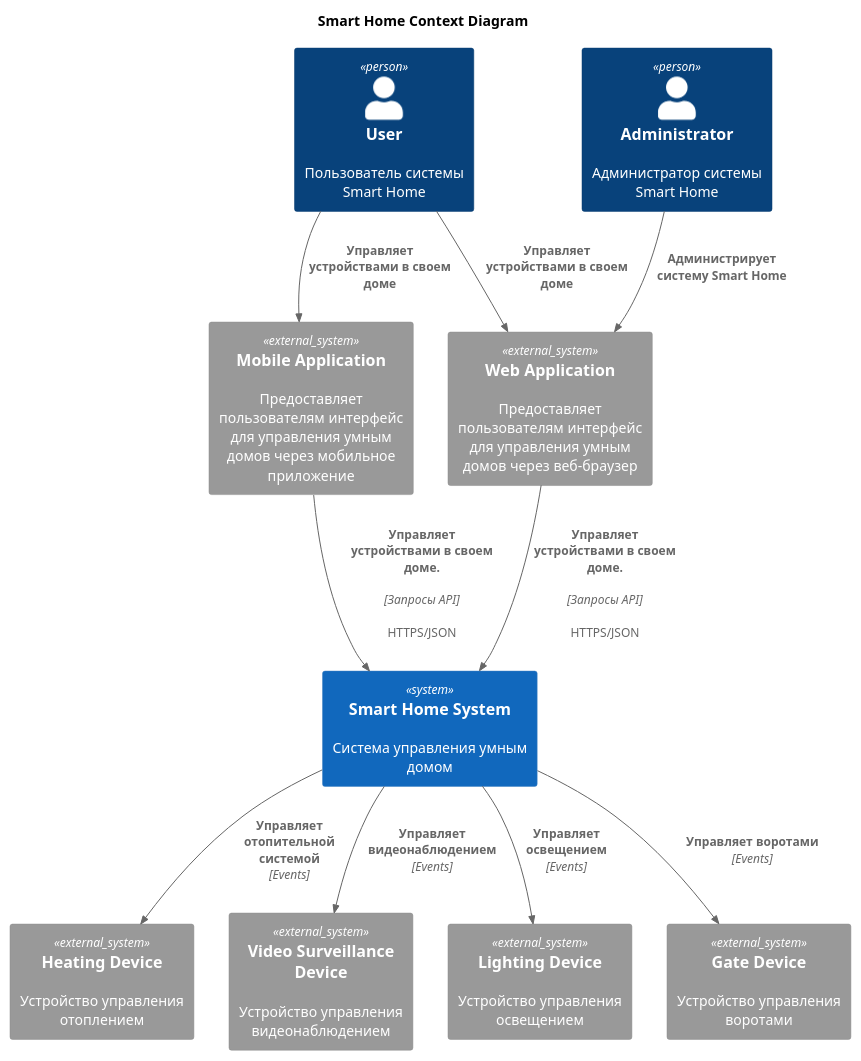
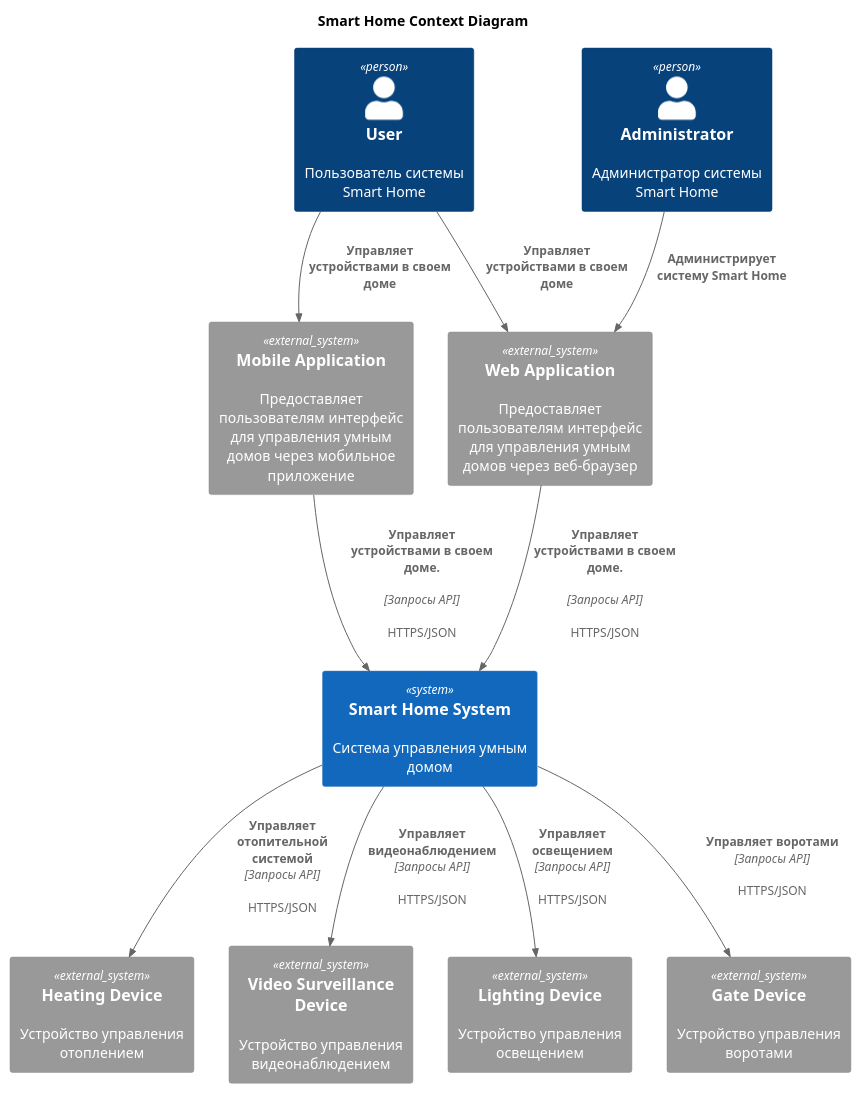
The diagram in docs/diagrams/to_be/context/Context.puml (wiky-avis/architecture-sprint-3), drawn with PlantUML before and after one commit. The commit also changed 8 other files, not shown here.

```diff
--- a/docs/diagrams/to_be/context/Context.puml
+++ b/docs/diagrams/to_be/context/Context.puml
@@ -1,30 +1,30 @@
 @startuml
 title Smart Home Context Diagram
 
 top to bottom direction
 
 !includeurl https://raw.githubusercontent.com/RicardoNiepel/C4-PlantUML/master/C4_Component.puml
 
 Person(user, "User", "Пользователь системы Smart Home")
 Person(admin, "Administrator", "Администратор системы Smart Home")
 System(SmartHomeSystem, "Smart Home System", "Система управления умным домом")
 
 System_Ext(HeatingDevice, "Heating Device", "Устройство управления отоплением")
 System_Ext(VideoSurveillanceDevice, "Video Surveillance Device", "Устройство управления видеонаблюдением")
 System_Ext(LightingDevice, "Lighting Device", "Устройство управления освещением")
 System_Ext(GateDevice, "Gate Device", "Устройство управления воротами")
 
 System_Ext(WebApp, "Web Application", "Предоставляет пользователям интерфейс для управления умным домов через веб-браузер")
 System_Ext(MobileApp, "Mobile Application", "Предоставляет пользователям интерфейс для управления умным домов через мобильное приложение")
 
 Rel(user, MobileApp, "Управляет устройствами в своем доме")
 Rel(user, WebApp, "Управляет устройствами в своем доме")
 Rel(admin,WebApp,"Администрирует систему Smart Home")
 Rel(MobileApp, SmartHomeSystem, "Управляет устройствами в своем доме. \n", "Запросы API", "HTTPS/JSON")
 Rel(WebApp, SmartHomeSystem, "Управляет устройствами в своем доме. \n", "Запросы API", "HTTPS/JSON")
-Rel(SmartHomeSystem,HeatingDevice,"Управляет отопительной системой", "Events")
-Rel(SmartHomeSystem,VideoSurveillanceDevice,"Управляет видеонаблюдением", "Events")
-Rel(SmartHomeSystem,LightingDevice,"Управляет освещением", "Events")
-Rel(SmartHomeSystem,GateDevice,"Управляет воротами", "Events")
+Rel(SmartHomeSystem,HeatingDevice,"Управляет отопительной системой", "Запросы API", "HTTPS/JSON")
+Rel(SmartHomeSystem,VideoSurveillanceDevice,"Управляет видеонаблюдением", "Запросы API", "HTTPS/JSON")
+Rel(SmartHomeSystem,LightingDevice,"Управляет освещением", "Запросы API", "HTTPS/JSON")
+Rel(SmartHomeSystem,GateDevice,"Управляет воротами", "Запросы API", "HTTPS/JSON")
 
 @enduml
```
